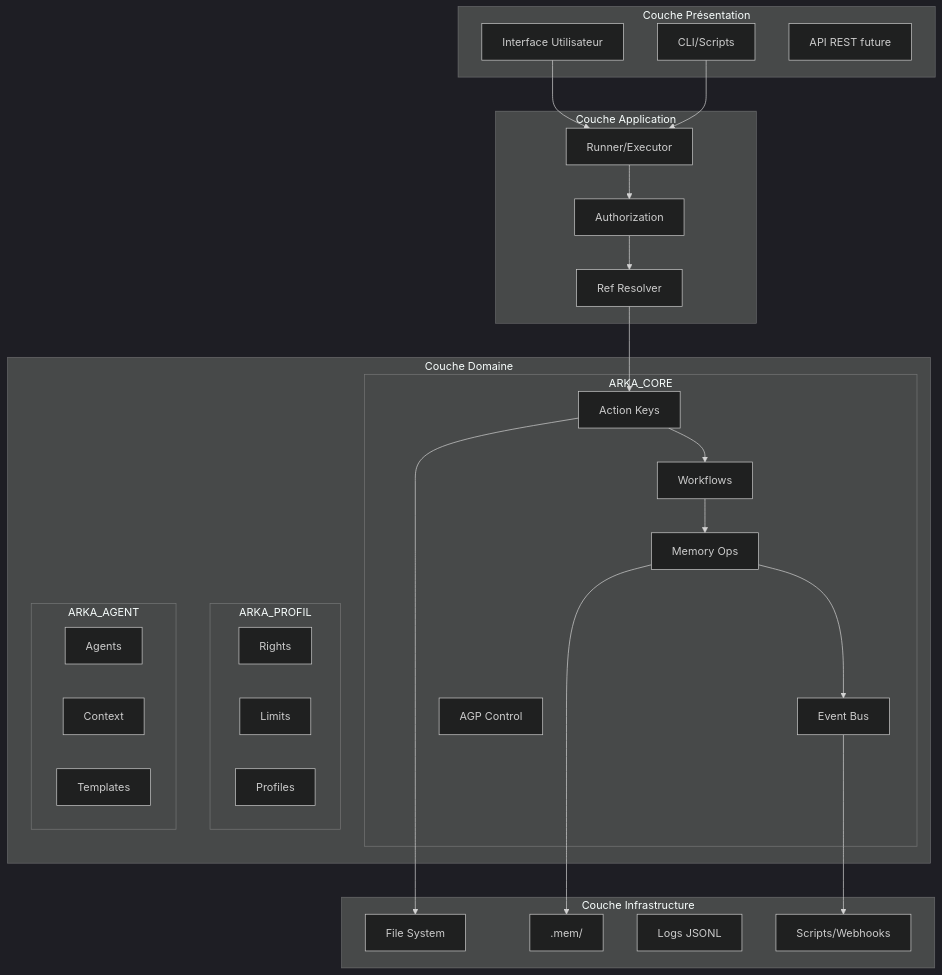
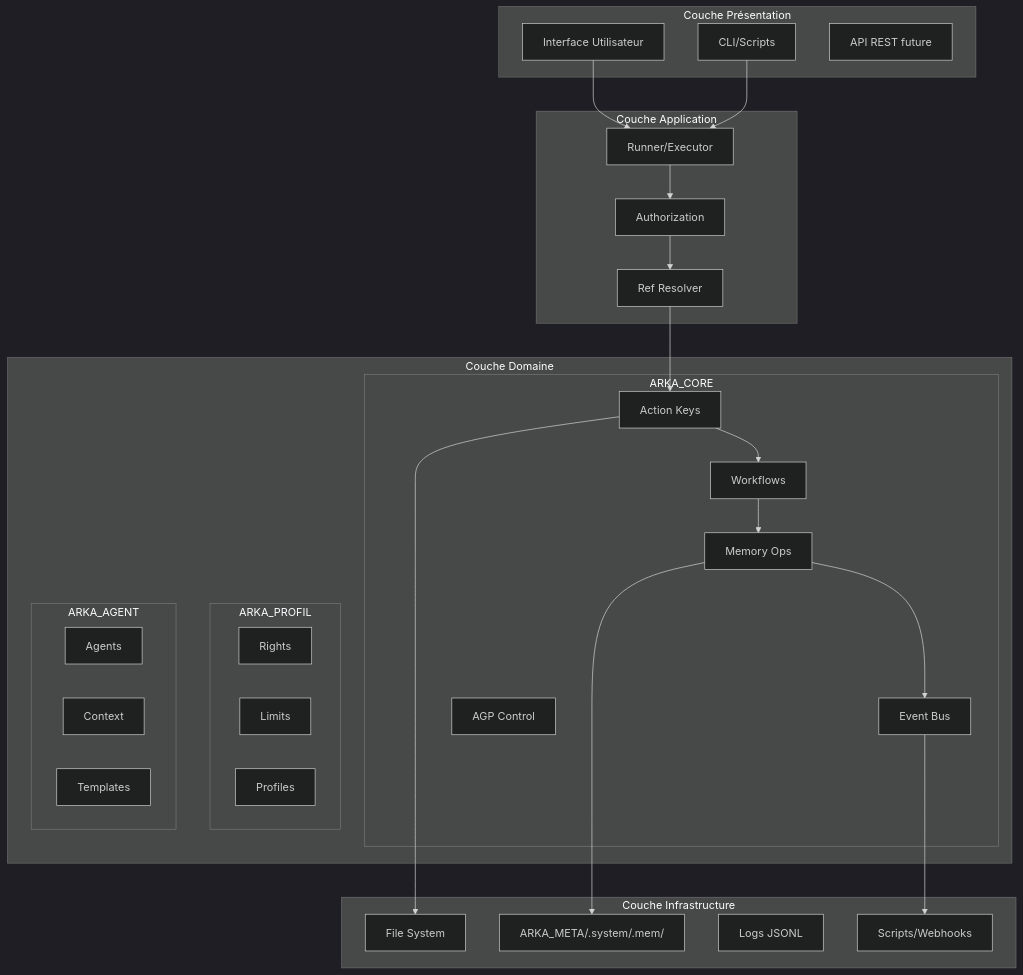
Before and after one commit to arka-squad/ARKA_OS: the first of 2 diagrams in ARKA_AGENT/docs/arka-architecture.md, drawn with Mermaid (dark theme). The commit also changed other lines of this file and 40 other files, not shown here.

Commit message:
feat: isolate ARKA_META paths and add CR/AGP workflows

````diff
--- a/ARKA_AGENT/docs/arka-architecture.md
+++ b/ARKA_AGENT/docs/arka-architecture.md
@@ -7,55 +7,55 @@
 ```mermaid
 graph TB
     subgraph "Couche Présentation"
         UI[Interface Utilisateur]
         CLI[CLI/Scripts]
         API[API REST future]
     end
     
     subgraph "Couche Application"
         RUNNER[Runner/Executor]
         AUTH[Authorization]
         RESOLVER[Ref Resolver]
     end
     
     subgraph "Couche Domaine"
         subgraph "ARKA_CORE"
             ACTIONS[Action Keys]
             WORKFLOWS[Workflows]
             MEMORY[Memory Ops]
             EVENTS[Event Bus]
             AGP[AGP Control]
         end
         
         subgraph "ARKA_PROFIL"
             RIGHTS[Rights]
             LIMITS[Limits]
             PROFILES[Profiles]
         end
         
         subgraph "ARKA_AGENT"
             AGENTS[Agents]
             CONTEXT[Context]
             TEMPLATES[Templates]
         end
     end
     
     subgraph "Couche Infrastructure"
         FS[File System]
-        MEM[.mem/]
+        MEM[ARKA_META/.system/.mem/]
         LOGS[Logs JSONL]
         HOOKS[Scripts/Webhooks]
     end
     
     UI --> RUNNER
     CLI --> RUNNER
     RUNNER --> AUTH
     AUTH --> RESOLVER
     RESOLVER --> ACTIONS
     ACTIONS --> WORKFLOWS
     WORKFLOWS --> MEMORY
     MEMORY --> EVENTS
     EVENTS --> HOOKS
     MEMORY --> MEM
     ACTIONS --> FS
 ```
````
